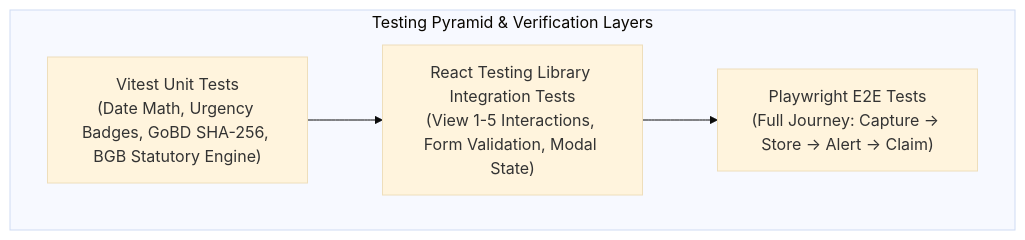
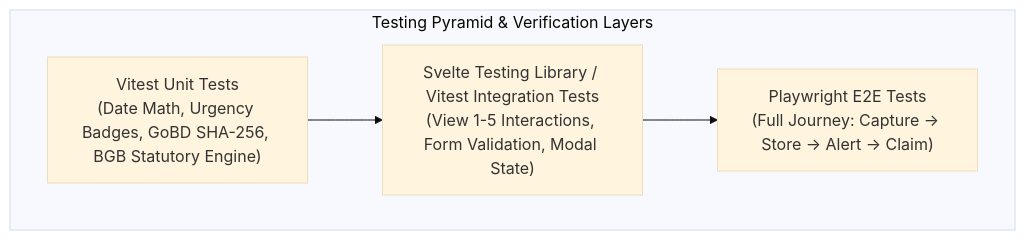
The diagram in development-documents/quality-media-lead/QA_TEST_PLAN.md (ettefagh/Rights-and-Renewals), drawn with Mermaid (base theme) before and after one commit. The commit also changed 27 other files, not shown here.

Commit message:
docs(architecture): migrate development specifications to Astro 6, Svelte 5 Runes, and Cloudflare topology

````diff
--- a/development-documents/quality-media-lead/QA_TEST_PLAN.md
+++ b/development-documents/quality-media-lead/QA_TEST_PLAN.md
@@ -22,11 +22,11 @@
 ```mermaid
 flowchart TD
     subgraph TestPyramid["Testing Pyramid & Verification Layers"]
         E2E["Playwright E2E Tests<br>(Full Journey: Capture -> Store -> Alert -> Claim)"]
-        Integ["React Testing Library Integration Tests<br>(View 1-5 Interactions, Form Validation, Modal State)"]
+        Integ["Svelte Testing Library / Vitest Integration Tests<br>(View 1-5 Interactions, Form Validation, Modal State)"]
         Unit["Vitest Unit Tests<br>(Date Math, Urgency Badges, GoBD SHA-256, BGB Statutory Engine)"]
     end
     
     Unit --> Integ
     Integ --> E2E
 ```
````
